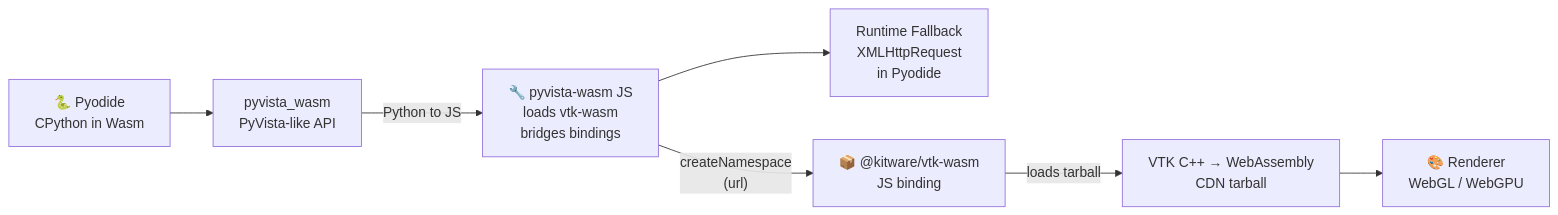
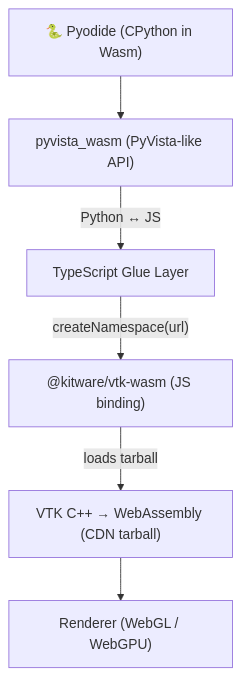
The third of 5 diagrams in slides/slides.md (tkoyama010/pyvista-wasm), drawn with Mermaid before and after one commit. The commit also changed other lines of this file, not shown here.

Commit message:
docs: split pyvista-wasm arch into two readable diagrams side by side

````diff
--- a/slides/slides.md
+++ b/slides/slides.md
@@ -575,9 +579,14 @@
-```mermaid {scale: 0.5}
-flowchart LR
-  P["🐍 Pyodide\nCPython in Wasm"] --> PV["pyvista_wasm\nPyVista-like API"]
-  PV -->|"Python to JS"| GL["🔧 pyvista-wasm JS\nloads vtk-wasm\nbridges bindings"]
-  GL --> FB["Runtime Fallback\nXMLHttpRequest\nin Pyodide"]
-  GL -->|"createNamespace\n(url)"| VW["📦 @kitware/vtk-wasm\nJS binding"]
-  VW -->|"loads tarball"| VB["VTK C++ → WebAssembly\nCDN tarball"]
-  VB --> R["🎨 Renderer\nWebGL / WebGPU"]
+```mermaid {scale: 0.65}
+flowchart TB
+  P["🐍 Pyodide (CPython in Wasm)"]
+  PV["pyvista_wasm (PyVista-like API)"]
+  TS["TypeScript Glue Layer"]
+  VW["@kitware/vtk-wasm (JS binding)"]
+  VTK["VTK C++ → WebAssembly (CDN tarball)"]
+  R["Renderer (WebGL / WebGPU)"]
+  P --> PV
+  PV -->|"Python ↔ JS"| TS
+  TS -->|"createNamespace(url)"| VW
+  VW -->|"loads tarball"| VTK
+  VTK --> R
 ```
````
